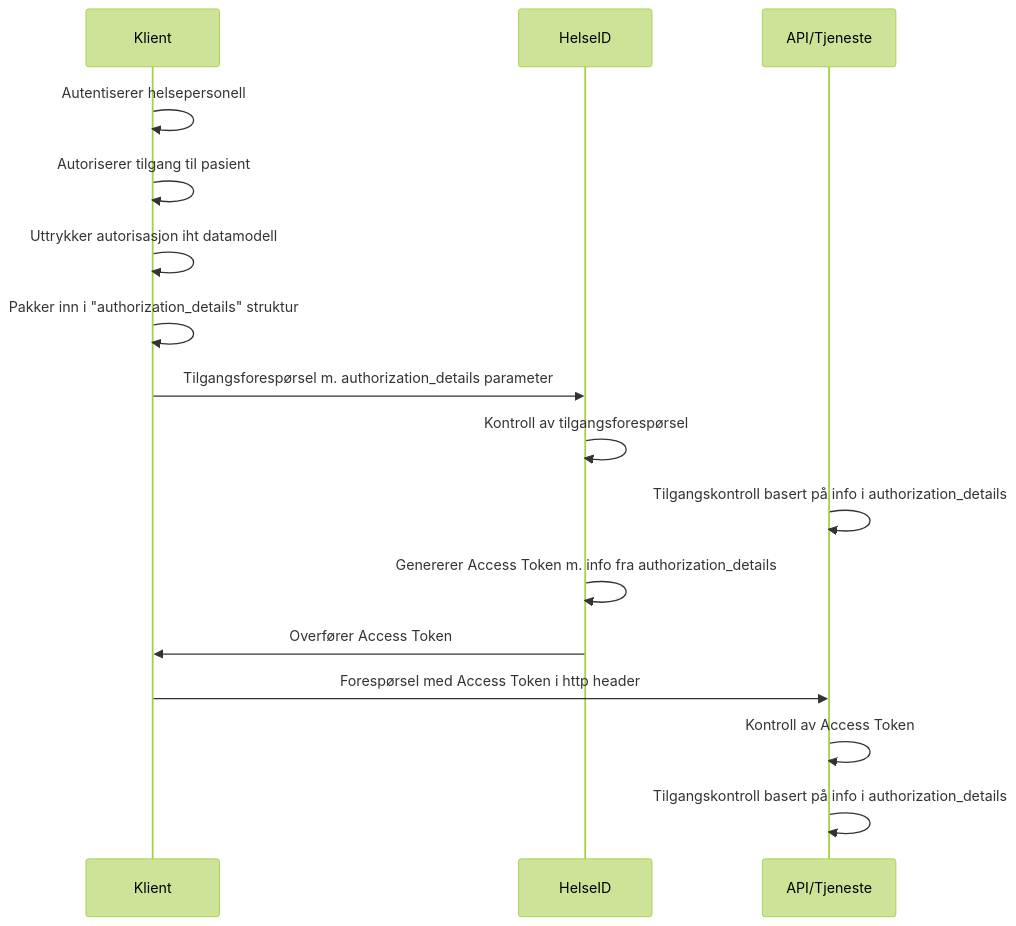
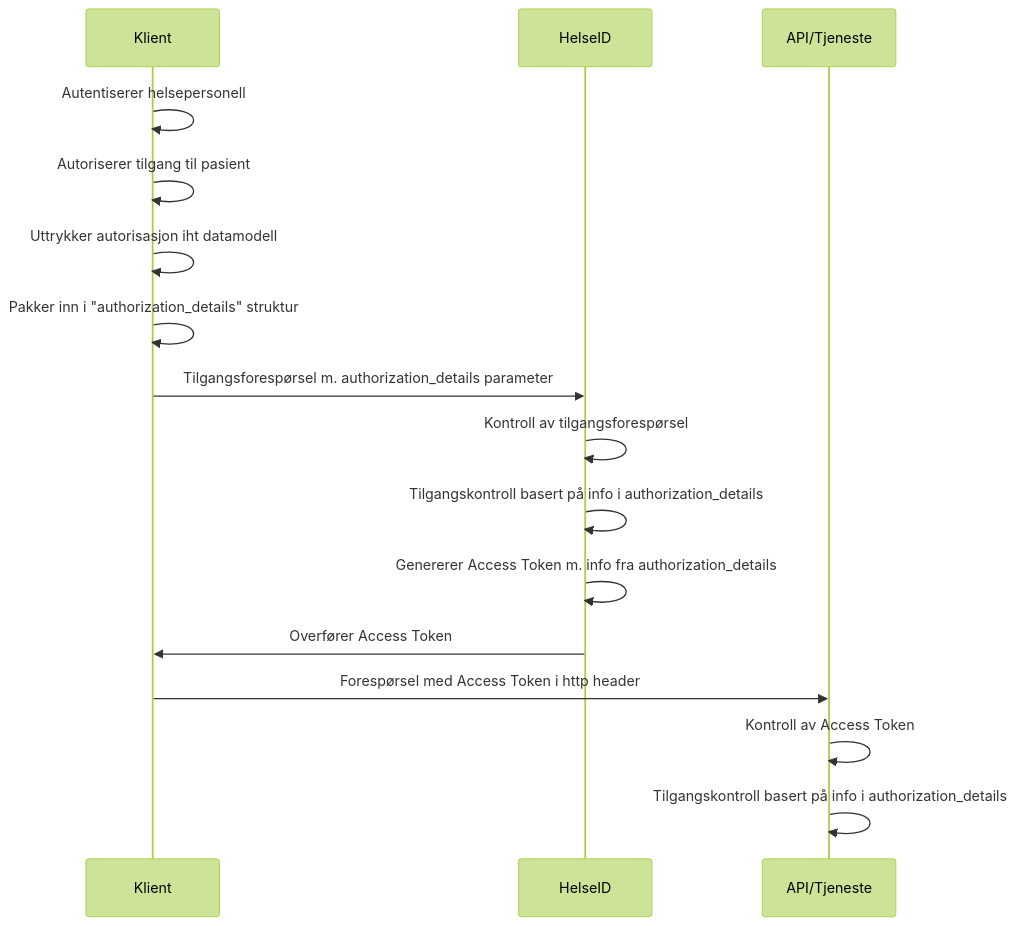
One commit to NorskHelsenett/Tillitsrammeverk changed the diagram in specs/profil_for_authorization_details.md. Above: the diagram before and after it, drawn with Mermaid (forest theme). The commit also changed other lines of this file, not shown here.

````diff
--- a/specs/profil_for_authorization_details.md
+++ b/specs/profil_for_authorization_details.md
@@ -58,16 +58,16 @@
 ```mermaid
 sequenceDiagram
 	Klient->>Klient: Autentiserer helsepersonell
 	Klient->>Klient: Autoriserer tilgang til pasient
 	Klient->>Klient: Uttrykker autorisasjon iht datamodell
 	Klient->>Klient: Pakker inn i "authorization_details" struktur
 	Klient->>HelseID: Tilgangsforespørsel m. authorization_details parameter
 	HelseID->>HelseID: Kontroll av tilgangsforespørsel
-	API/Tjeneste->>API/Tjeneste: Tilgangskontroll basert på info i authorization_details
+	HelseID->>HelseID: Tilgangskontroll basert på info i authorization_details
 	HelseID->>HelseID: Genererer Access Token m. info fra authorization_details
 	HelseID->>Klient: Overfører Access Token
 	Klient->>API/Tjeneste: Forespørsel med Access Token i http header
 	API/Tjeneste->>API/Tjeneste: Kontroll av Access Token
 	API/Tjeneste->>API/Tjeneste: Tilgangskontroll basert på info i authorization_details
 
 ```
````
